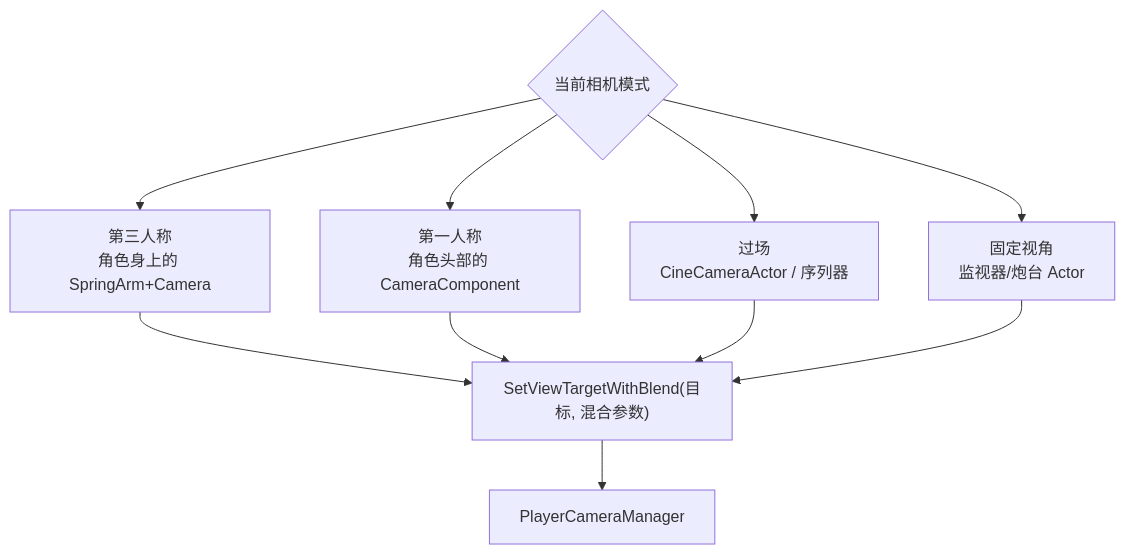
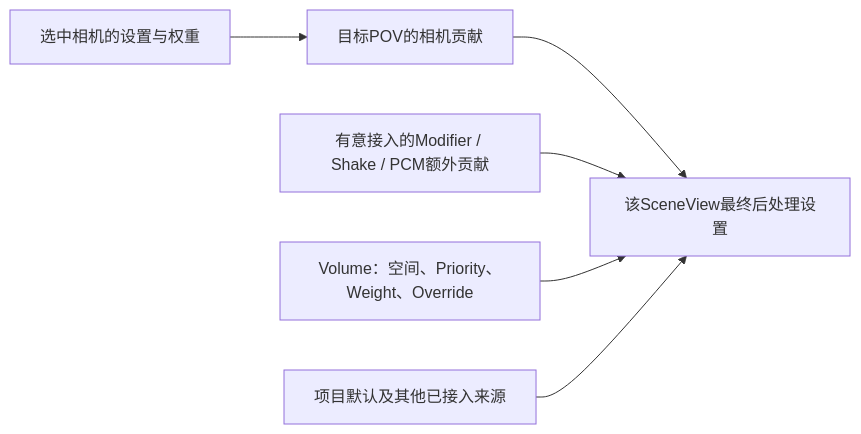
Before and after one commit to fantuan812/learning: the ninth of 9 diagrams in 知识/05-Gameplay与交互系统/输入移动与交互/07-相机系统与视口.md, drawn with Mermaid. The commit also changed other lines of this file and 1 other file, not shown here.

````diff
--- a/知识/05-Gameplay与交互系统/输入移动与交互/07-相机系统与视口.md
+++ b/知识/05-Gameplay与交互系统/输入移动与交互/07-相机系统与视口.md
@@ -310,12 +302,8 @@
 ```mermaid
-flowchart TD
-    MODE{"当前相机模式"} --> TPS["第三人称<br/>角色身上的 SpringArm+Camera"]
-    MODE --> FPS["第一人称<br/>角色头部的 CameraComponent"]
-    MODE --> CUT["过场<br/>CineCameraActor / 序列器"]
-    MODE --> TURRET["固定视角<br/>监视器/炮台 Actor"]
-    TPS --> SW["SetViewTargetWithBlend(目标, 混合参数)"]
-    FPS --> SW
-    CUT --> SW
-    TURRET --> SW
-    SW --> PCM2["PlayerCameraManager"]
+flowchart LR
+    CC["选中相机的设置与权重"] --> POV["目标POV的相机贡献"]
+    POV --> FINAL["该SceneView最终后处理设置"]
+    MOD["有意接入的Modifier / Shake / PCM额外贡献"] --> FINAL
+    VOLUME["Volume：空间、Priority、Weight、Override"] --> FINAL
+    DEFAULT["项目默认及其他已接入来源"] --> FINAL
 ```
````
